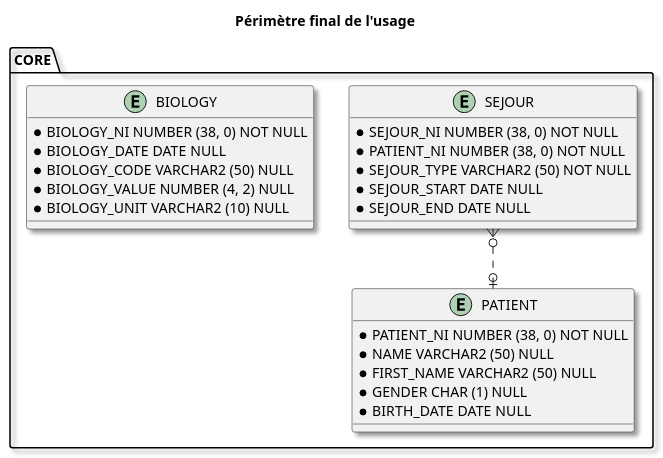
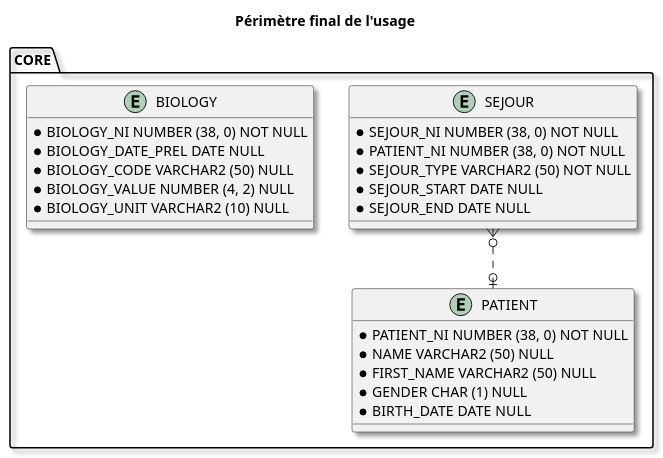
Before and after one commit to aphp/IG-fhir-dm: the diagram in input/images-source/core-map.plantuml, drawn with PlantUML. The commit also changed 5 other files, not shown here.

```diff
--- a/input/images-source/core-map.plantuml
+++ b/input/images-source/core-map.plantuml
@@ -1,40 +1,40 @@
 @startuml
 
 skinparam Shadowing 1.0
 ' avoid problems with angled crows feet
 skinparam linetype ortho
 
 title
 Périmètre final de l'usage
 end title
 
 entity CORE.PATIENT {
   * {field} PATIENT_NI NUMBER (38, 0) NOT NULL
   * {field} NAME VARCHAR2 (50) NULL
   * {field} FIRST_NAME VARCHAR2 (50) NULL
   * {field} GENDER CHAR (1) NULL
   * {field} BIRTH_DATE DATE NULL
 }
 
 entity CORE.SEJOUR {
   * {field} SEJOUR_NI NUMBER (38, 0) NOT NULL
   * {field} PATIENT_NI NUMBER (38, 0) NOT NULL
   * {field} SEJOUR_TYPE VARCHAR2 (50) NOT NULL
   * {field} SEJOUR_START DATE NULL
   * {field} SEJOUR_END DATE NULL
 }
 
 entity CORE.BIOLOGY {
   * {field} BIOLOGY_NI NUMBER (38, 0) NOT NULL
-  * {field} BIOLOGY_DATE DATE NULL
+  * {field} BIOLOGY_DATE_PREL DATE NULL
   * {field} BIOLOGY_CODE VARCHAR2 (50) NULL
   * {field} BIOLOGY_VALUE NUMBER (4, 2) NULL
   * {field} BIOLOGY_UNIT VARCHAR2 (10) NULL
 }
 
 
 
 CORE.SEJOUR }o..o| CORE.PATIENT
 
 
 @enduml
```
